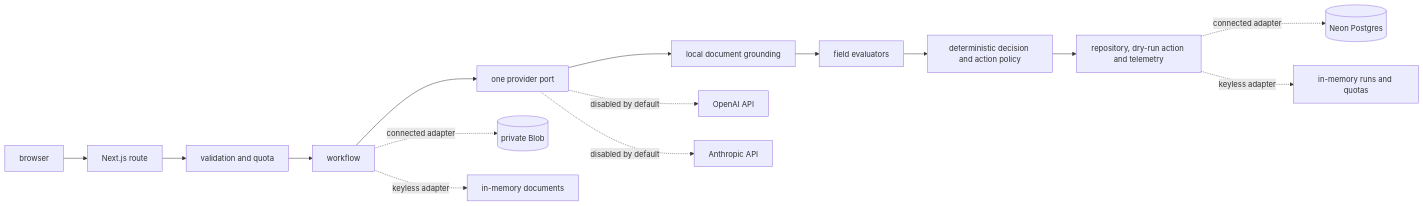
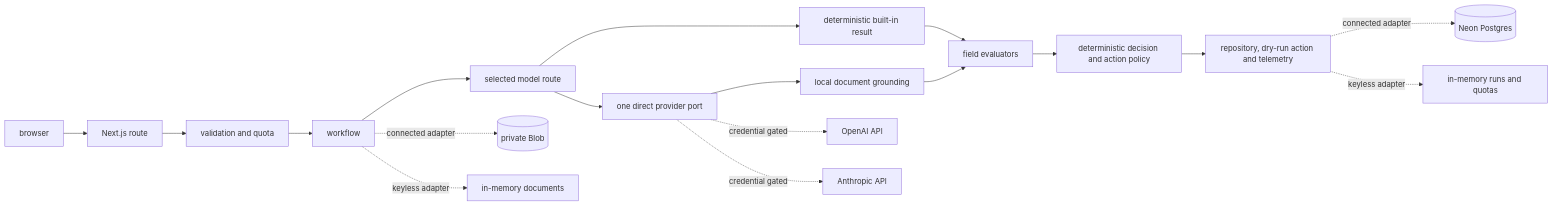
The diagram in docs/architecture.md (nicodelasc/document-intelligence-assurance-hub), drawn with Mermaid before and after one commit. The commit also changed other lines of this file and 4 other files, not shown here.

````diff
--- a/docs/architecture.md
+++ b/docs/architecture.md
@@ -5,18 +5,21 @@
 ```mermaid
 flowchart LR
   Browser[browser] --> Route[Next.js route]
   Route --> Gate[validation and quota]
   Gate --> Workflow[workflow]
-  Workflow --> Provider[one provider port]
+  Workflow --> Adapter[selected model route]
+  Adapter --> Provider[one direct provider port]
+  Adapter --> Recorded[deterministic built-in result]
   Provider --> Grounding[local document grounding]
+  Recorded --> Evaluators
   Grounding --> Evaluators[field evaluators]
   Evaluators --> Decision[deterministic decision and action policy]
   Decision --> Repository[repository, dry-run action and telemetry]
 
   Workflow -. connected adapter .-> Blob[(private Blob)]
   Repository -. connected adapter .-> Neon[(Neon Postgres)]
   Workflow -. keyless adapter .-> MemoryDocs[in-memory documents]
   Repository -. keyless adapter .-> MemoryRuns[in-memory runs and quotas]
-  Provider -. disabled by default .-> OpenAI[OpenAI API]
-  Provider -. disabled by default .-> Anthropic[Anthropic API]
+  Provider -. credential gated .-> OpenAI[OpenAI API]
+  Provider -. credential gated .-> Anthropic[Anthropic API]
 ```
````
